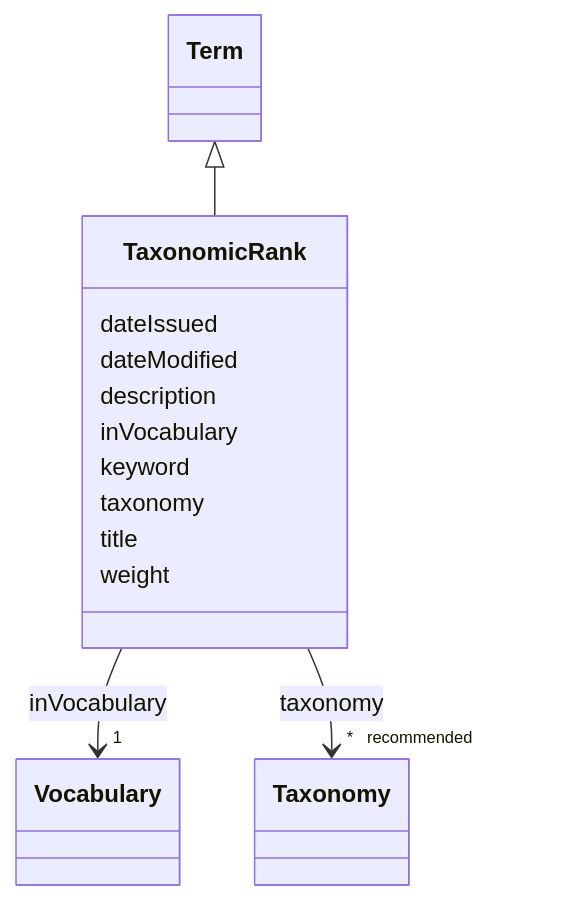
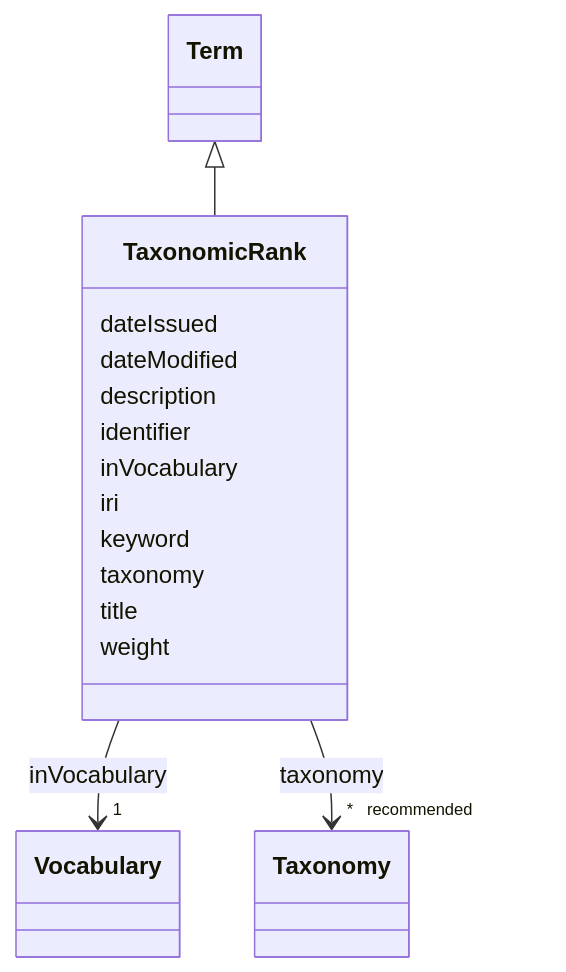
The diagram in models/docs/TaxonomicRank.md (EVORA-project/evora-ontology), drawn with Mermaid before and after one commit. The commit also changed other lines of this file and 391 other files, not shown here.

````diff
--- a/models/docs/TaxonomicRank.md
+++ b/models/docs/TaxonomicRank.md
@@ -19,39 +19,43 @@
 ```mermaid
  classDiagram
     class TaxonomicRank
     click TaxonomicRank href "../TaxonomicRank"
       Term <|-- TaxonomicRank
         click Term href "../Term"
       
       TaxonomicRank : dateIssued
         
       TaxonomicRank : dateModified
         
       TaxonomicRank : description
         
+      TaxonomicRank : identifier
+        
       TaxonomicRank : inVocabulary
         
           
     
     
     TaxonomicRank --> "1" Vocabulary : inVocabulary
     click Vocabulary href "../Vocabulary"
 
+        
+      TaxonomicRank : iri
         
       TaxonomicRank : keyword
         
       TaxonomicRank : taxonomy
         
           
     
     
     TaxonomicRank --> "* _recommended_" Taxonomy : taxonomy
     click Taxonomy href "../Taxonomy"
 
         
       TaxonomicRank : title
         
       TaxonomicRank : weight
         
       
 ```
````
